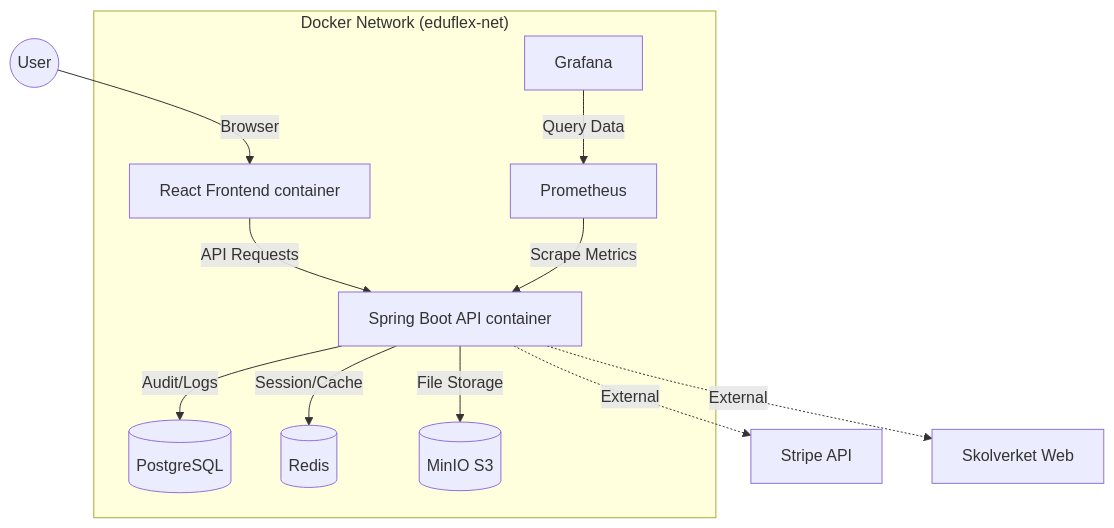
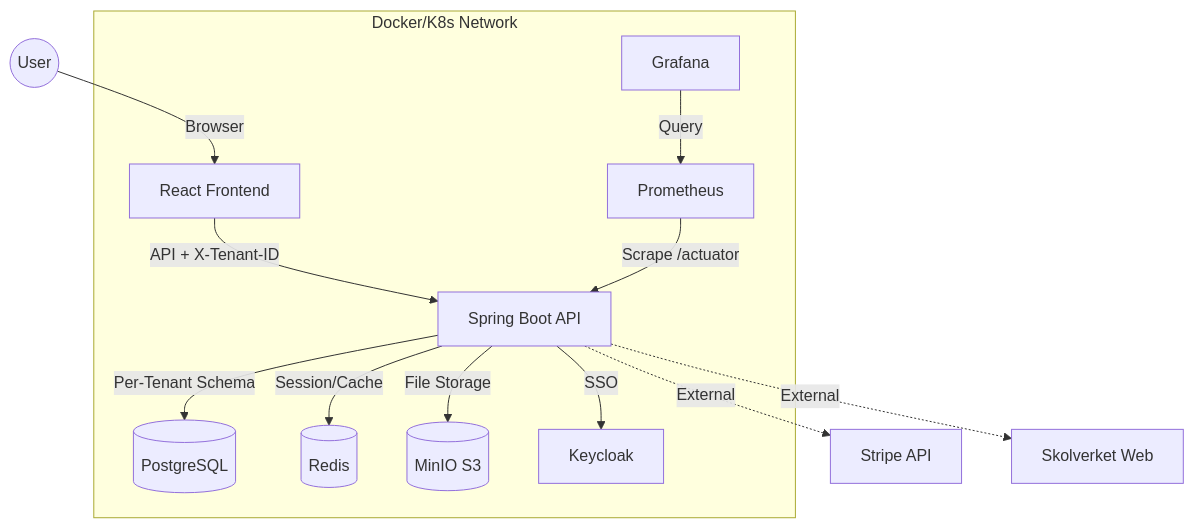
Before and after one commit to alexwest1981/EduFlex: the first of 2 diagrams in README.md, drawn with Mermaid. The commit also changed other lines of this file and 31 other files, not shown here.

````diff
--- a/README.md
+++ b/README.md
@@ -138,17 +183,18 @@
 ```mermaid
 graph TD
-    User((User)) -->|Browser| Frontend[React Frontend container]
+    User((User)) -->|Browser| Frontend[React Frontend]
     
-    subgraph "Docker Network (eduflex-net)"
-        Frontend -->|API Requests| Backend[Spring Boot API container]
-        Backend -->|Audit/Logs| DB[(PostgreSQL)]
+    subgraph "Docker/K8s Network"
+        Frontend -->|API + X-Tenant-ID| Backend[Spring Boot API]
+        Backend -->|Per-Tenant Schema| DB[(PostgreSQL)]
         Backend -->|Session/Cache| Redis[(Redis)]
         Backend -->|File Storage| MinIO[(MinIO S3)]
+        Backend -->|SSO| Keycloak[Keycloak]
         
-        Prometheus[Prometheus] -->|Scrape Metrics| Backend
-        Grafana[Grafana] -->|Query Data| Prometheus
+        Prometheus[Prometheus] -->|Scrape /actuator| Backend
+        Grafana[Grafana] -->|Query| Prometheus
     end
     
     Backend -.->|External| Stripe[Stripe API]
     Backend -.->|External| Skolverket[Skolverket Web]
 ```
````
